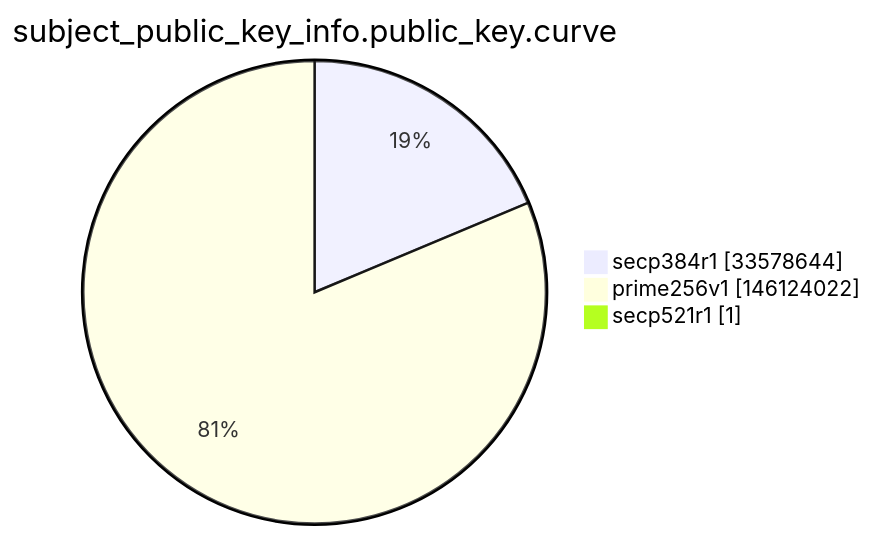
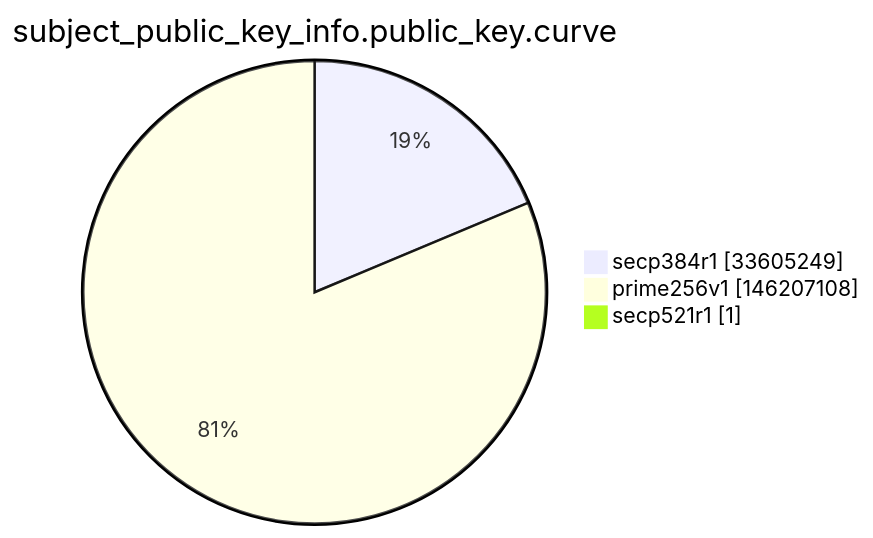
Before and after one commit to christiankrug/ctmonitor_visualization: the ninth of 15 diagrams in argon2022/README.md, drawn with Mermaid. The commit also changed other lines of this file, not shown here.

````diff
--- a/argon2022/README.md
+++ b/argon2022/README.md
@@ -2764,7 +2764,7 @@
 ```mermaid
 pie showData
 title subject_public_key_info.public_key.curve
-"secp384r1" :33578644
-"prime256v1" :146124022
+"secp384r1" :33605249
+"prime256v1" :146207108
 "secp521r1" :1
 ```
````
